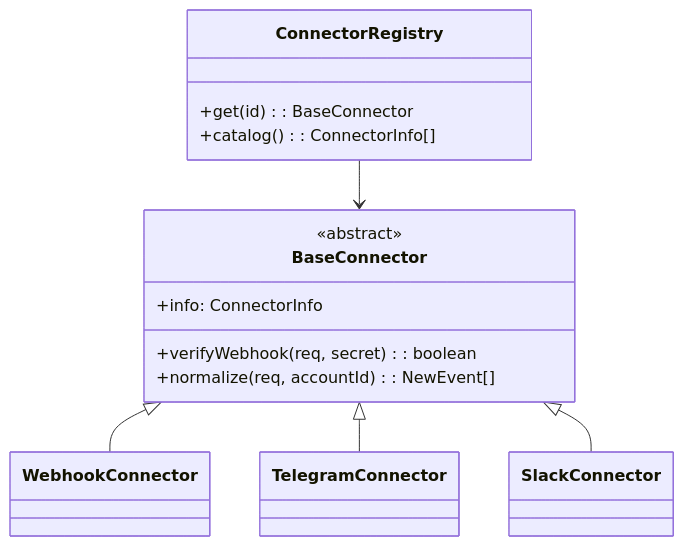
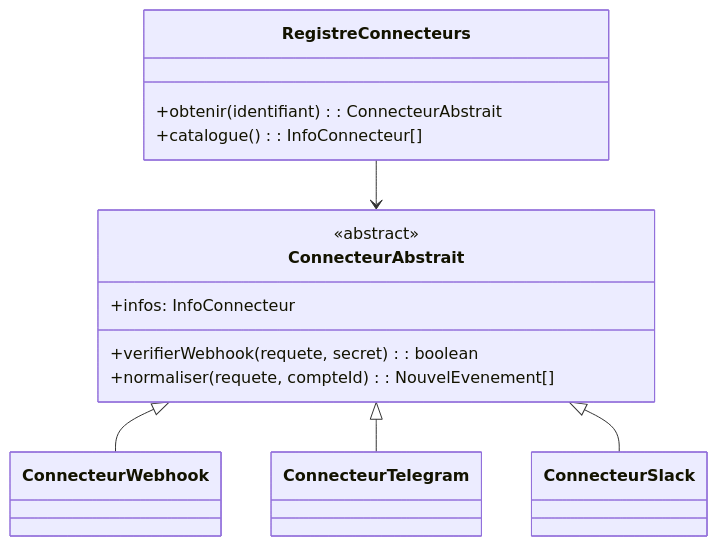
Before and after one commit to hermax2006/fil-unifie: the second of 6 diagrams in DIAGRAMME_CLASSES_LEGER.md, drawn with Mermaid. The commit also changed other lines of this file, not shown here.

Commit message:
Traduction diagramme de classes en français

````diff
--- a/DIAGRAMME_CLASSES_LEGER.md
+++ b/DIAGRAMME_CLASSES_LEGER.md
@@ -39,20 +49,20 @@
 ```mermaid
 classDiagram
-    class BaseConnector {
+    class ConnecteurAbstrait {
         <<abstract>>
-        +info: ConnectorInfo
-        +verifyWebhook(req, secret): boolean
-        +normalize(req, accountId): NewEvent[]
+        +infos: InfoConnecteur
+        +verifierWebhook(requete, secret): boolean
+        +normaliser(requete, compteId): NouvelEvenement[]
     }
-    class WebhookConnector
-    class TelegramConnector
-    class SlackConnector
-    class ConnectorRegistry {
-        +get(id): BaseConnector
-        +catalog(): ConnectorInfo[]
+    class ConnecteurWebhook
+    class ConnecteurTelegram
+    class ConnecteurSlack
+    class RegistreConnecteurs {
+        +obtenir(identifiant): ConnecteurAbstrait
+        +catalogue(): InfoConnecteur[]
     }
-    BaseConnector <|-- WebhookConnector
-    BaseConnector <|-- TelegramConnector
-    BaseConnector <|-- SlackConnector
-    ConnectorRegistry --> BaseConnector
+    ConnecteurAbstrait <|-- ConnecteurWebhook
+    ConnecteurAbstrait <|-- ConnecteurTelegram
+    ConnecteurAbstrait <|-- ConnecteurSlack
+    RegistreConnecteurs --> ConnecteurAbstrait
 ```
````
